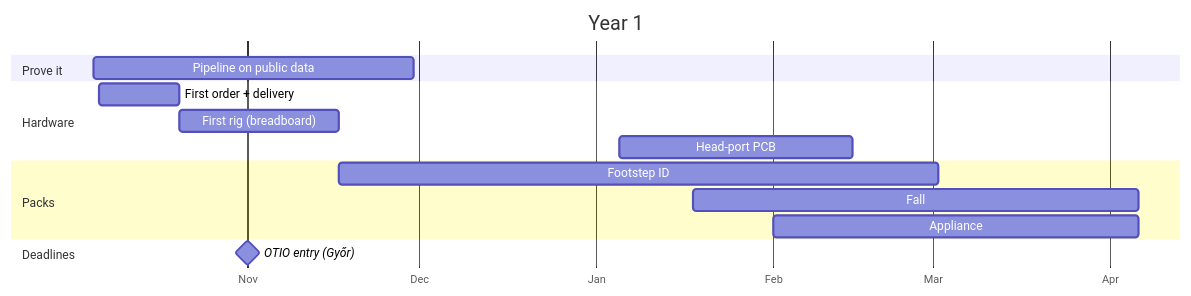
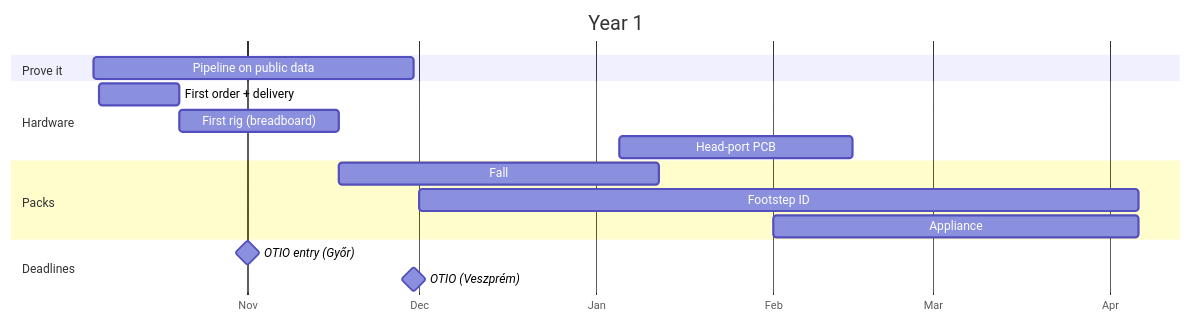
One commit to Kaszti49/Rezonating changed the diagram in 10 Project/Roadmap.md. Above: the diagram before and after it, drawn with Mermaid. The commit also changed other lines of this file and 27 other files, not shown here.

First line of the commit message:
Vault: 2026-11-15 hackathon merge, fall first (D-023/D-024), one agent with playbooks (D-025), done items logged, OTIO Veszprém 2026-11-30

````diff
--- a/10 Project/Roadmap.md
+++ b/10 Project/Roadmap.md
@@ -18,18 +22,19 @@
 ```mermaid
 gantt
     title Year 1
     dateFormat YYYY-MM-DD
     axisFormat %b
     section Prove it
     Pipeline on public data    :a2, 2026-10-05, 2026-11-30
     section Hardware
     First order + delivery     :b1, 2026-10-06, 14d
     First rig (breadboard)     :b2, 2026-10-20, 2026-11-17
     Head-port PCB              :b3, 2027-01-05, 2027-02-15
     section Packs
-    Footstep ID                :c1, 2026-11-17, 2027-03-02
-    Fall                       :c2, 2027-01-18, 2027-04-06
+    Fall                       :c2, 2026-11-17, 2027-01-12
+    Footstep ID                :c1, 2026-12-01, 2027-04-06
     Appliance                  :c3, 2027-02-01, 2027-04-06
     section Deadlines
     OTIO entry (Győr)          :milestone, m1, 2026-11-01, 0d
+    OTIO (Veszprém)            :milestone, m2, 2026-11-30, 0d
 ```
````
